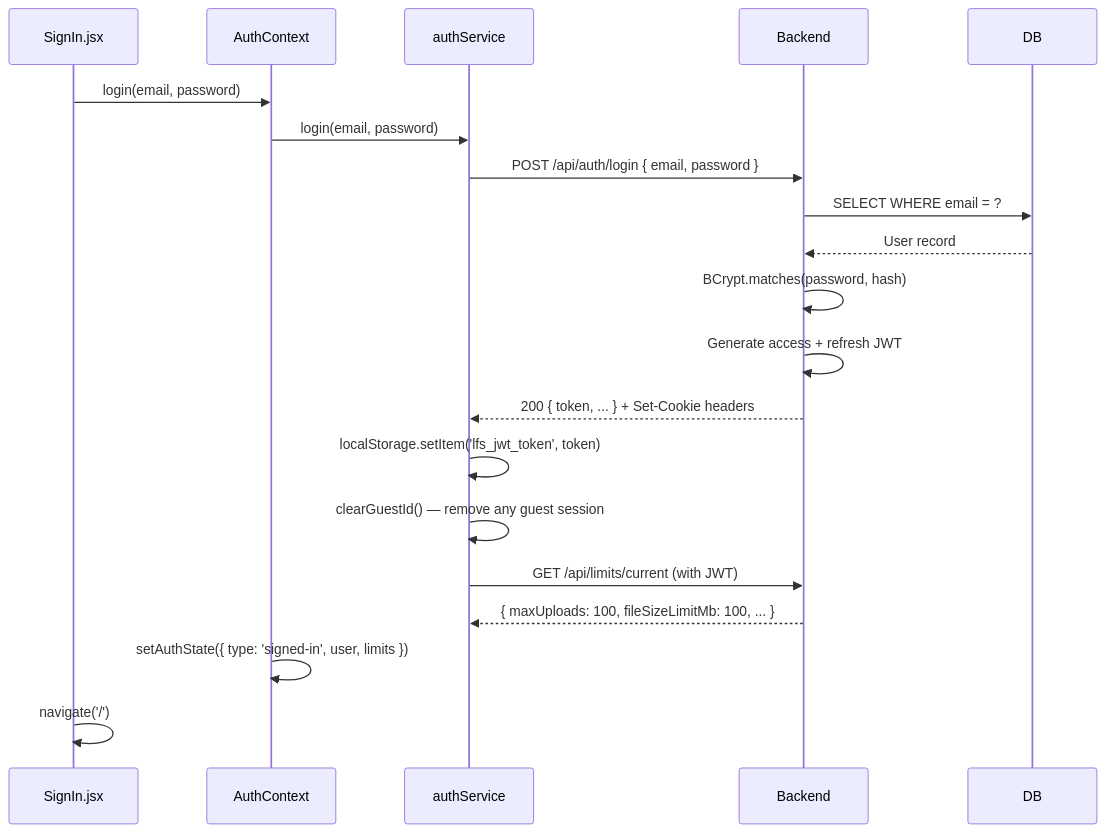
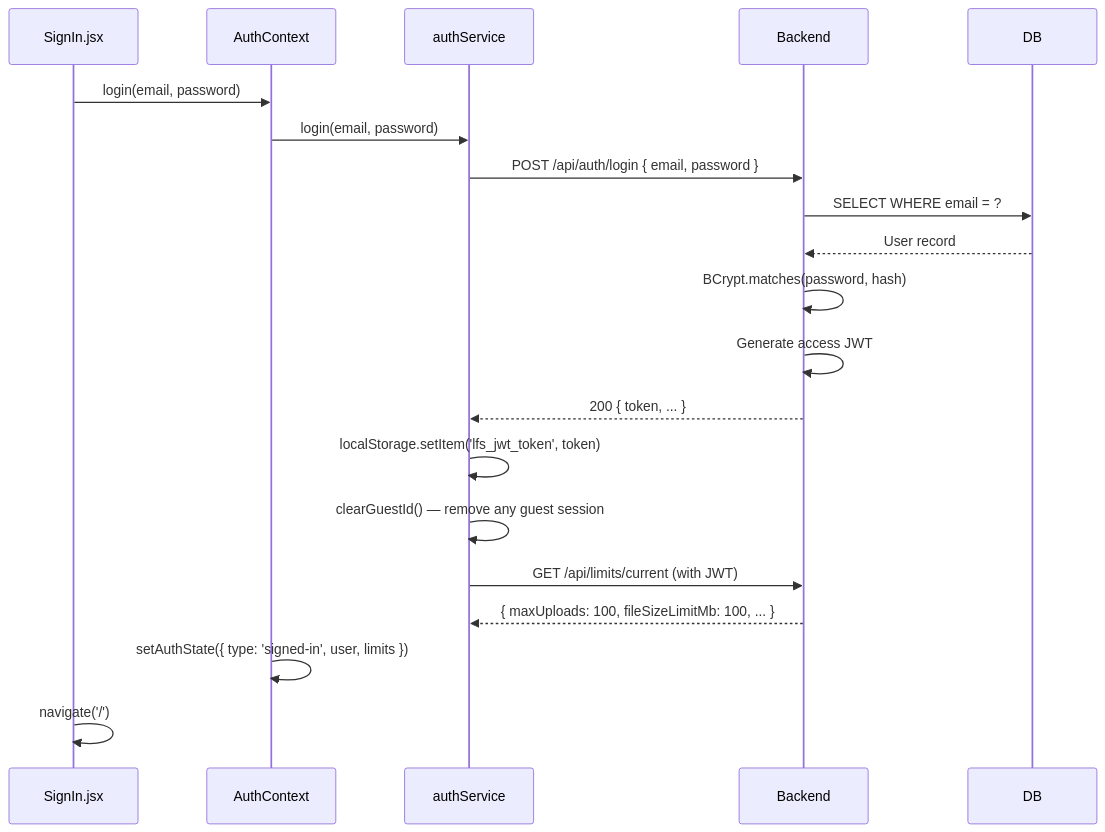
Before and after one commit to Ram-ambati/LFS-App: the fifth of 5 diagrams in docs/FEATURE_WALKTHROUGHS.md, drawn with Mermaid. The commit also changed other lines of this file and 30 other files, not shown here.

````diff
--- a/docs/FEATURE_WALKTHROUGHS.md
+++ b/docs/FEATURE_WALKTHROUGHS.md
@@ -298,23 +297,23 @@
 ```mermaid
 sequenceDiagram
     participant SignIn.jsx
     participant AuthContext
     participant authService
     participant Backend
     participant DB
 
     SignIn.jsx->>AuthContext: login(email, password)
     AuthContext->>authService: login(email, password)
     authService->>Backend: POST /api/auth/login { email, password }
     Backend->>DB: SELECT WHERE email = ?
     DB-->>Backend: User record
     Backend->>Backend: BCrypt.matches(password, hash)
-    Backend->>Backend: Generate access + refresh JWT
-    Backend-->>authService: 200 { token, ... } + Set-Cookie headers
+    Backend->>Backend: Generate access JWT
+    Backend-->>authService: 200 { token, ... }
     authService->>authService: localStorage.setItem('lfs_jwt_token', token)
     authService->>authService: clearGuestId() — remove any guest session
     authService->>Backend: GET /api/limits/current (with JWT)
     Backend-->>authService: { maxUploads: 100, fileSizeLimitMb: 100, ... }
     AuthContext->>AuthContext: setAuthState({ type: 'signed-in', user, limits })
     SignIn.jsx->>SignIn.jsx: navigate('/')
 ```
````
